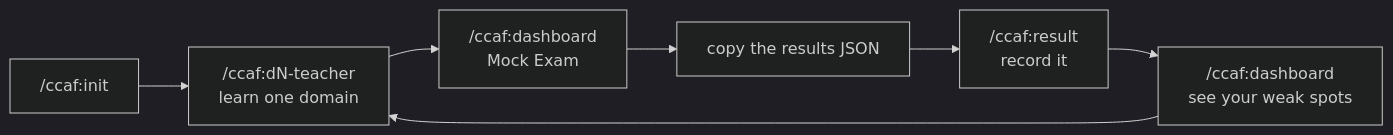
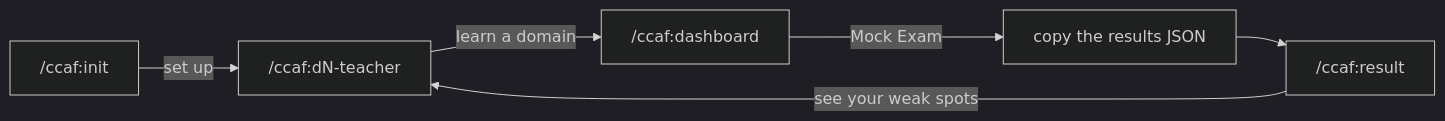
The diagram in README.md (cyberdmitriy/ccaf), drawn with Mermaid (dark theme) before and after one commit.

Commit message:
fix(ccaf): mermaid labels ran together in the README diagram
GitHub renders mermaid with html labels off, so the `<br/>` tags in the
node labels were stripped and the text collapsed into one line
("/ccaf:dN-teacherlearn one domain").

Instead of swapping in another line-break syntax and hoping, the diagram
no longer needs one: every node label is a single short token, and the
step descriptions moved onto the arrows, which are separate text.

````diff
--- a/README.md
+++ b/README.md
@@ -24,9 +24,8 @@
 ```mermaid
 flowchart LR
-  A["/ccaf:init"] --> B["/ccaf:dN-teacher<br/>learn one domain"]
-  B --> C["/ccaf:dashboard<br/>Mock Exam"]
-  C --> D["copy the results JSON"]
-  D --> E["/ccaf:result<br/>record it"]
-  E --> F["/ccaf:dashboard<br/>see your weak spots"]
-  F --> B
+  A["/ccaf:init"] -->|set up| B["/ccaf:dN-teacher"]
+  B -->|learn a domain| C["/ccaf:dashboard"]
+  C -->|Mock Exam| D["copy the results JSON"]
+  D --> E["/ccaf:result"]
+  E -->|see your weak spots| B
 ```
````
